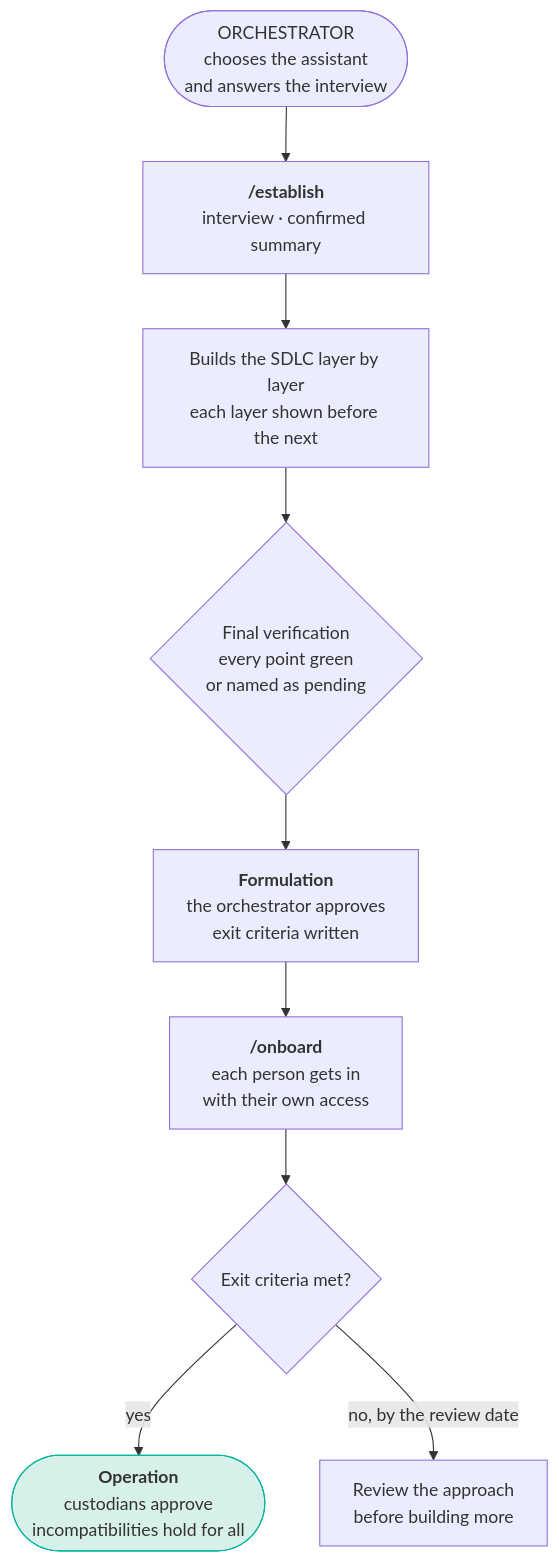
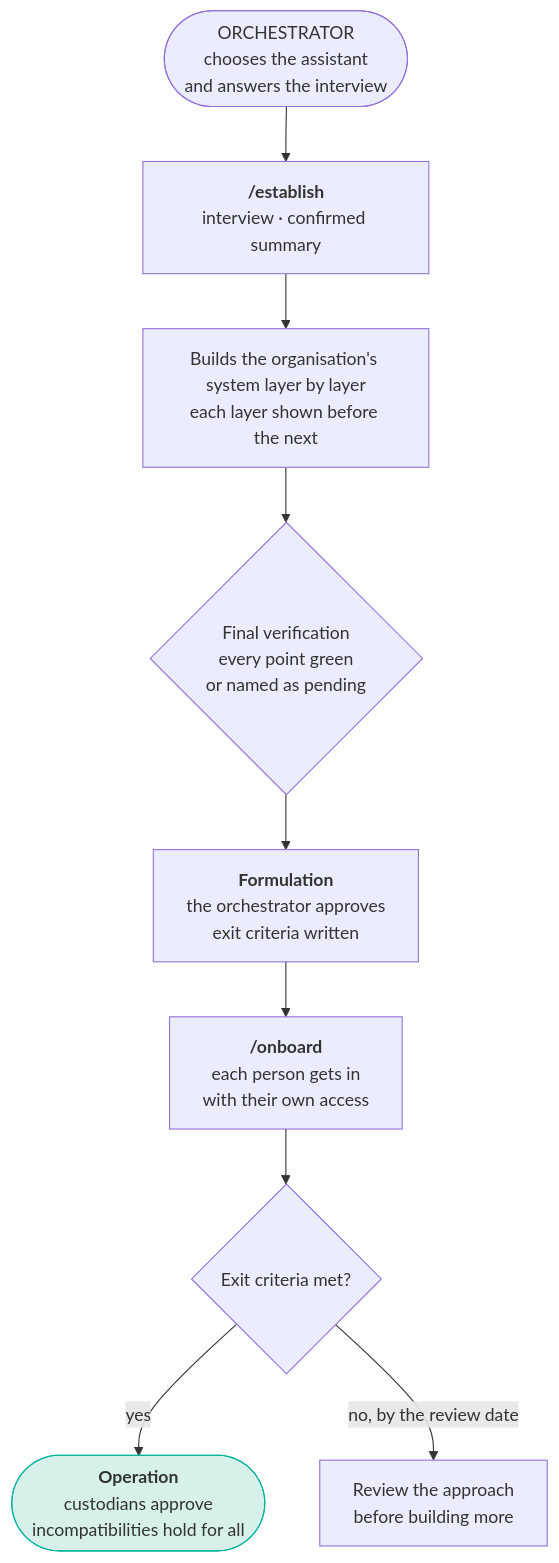
Before and after one commit to javierdres/gate-framework: the first of 10 diagrams in GATE.md, drawn with Mermaid. The commit also changed other lines of this file and 56 other files, not shown here.

First line of the commit message:
GATE no longer calls the organisation's system "the SDLC"

````diff
--- a/GATE.md
+++ b/GATE.md
@@ -80,13 +81,13 @@
 ```mermaid
 flowchart TD
     O(["ORCHESTRATOR<br/>chooses the assistant<br/>and answers the interview"]) --> E["<b>/establish</b><br/>interview · confirmed summary"]
-    E --> L["Builds the SDLC layer by layer<br/>each layer shown before the next"]
+    E --> L["Builds the organisation's system layer by layer<br/>each layer shown before the next"]
     L --> V{"Final verification<br/>every point green<br/>or named as pending"}
     V --> F["<b>Formulation</b><br/>the orchestrator approves<br/>exit criteria written"]
     F --> N["<b>/onboard</b><br/>each person gets in<br/>with their own access"]
     N --> X{"Exit criteria met?"}
     X -->|yes| R(["<b>Operation</b><br/>custodians approve<br/>incompatibilities hold for all"])
     X -->|"no, by the review date"| Q["Review the approach<br/>before building more"]
 
     style R fill:#d7f0e9,stroke:#00b49c
 ```
````
